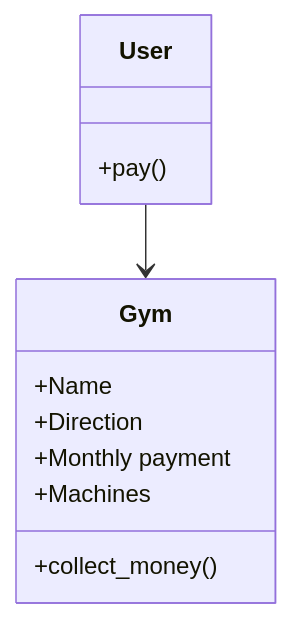
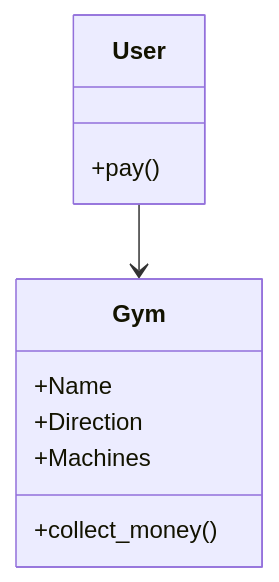
Before and after one commit to darevalog/Reto_2-Diego_Arevalo: the diagram in README.md, drawn with Mermaid. The commit also changed other lines of this file, not shown here.

````diff
--- a/README.md
+++ b/README.md
@@ -5,14 +5,13 @@
 ```mermaid
 classDiagram
     User --> Gym
     class Gym{
       +Name
       +Direction
-      +Monthly payment
       +Machines
       +collect_money()
     }
     class User{
         +pay()
     }
 ```
````
